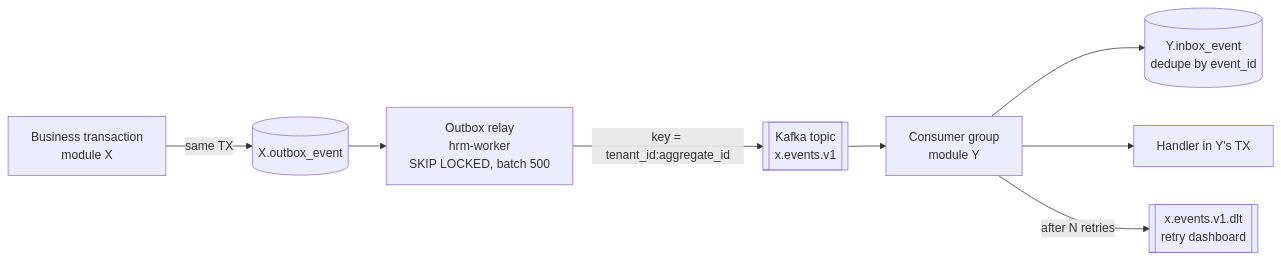
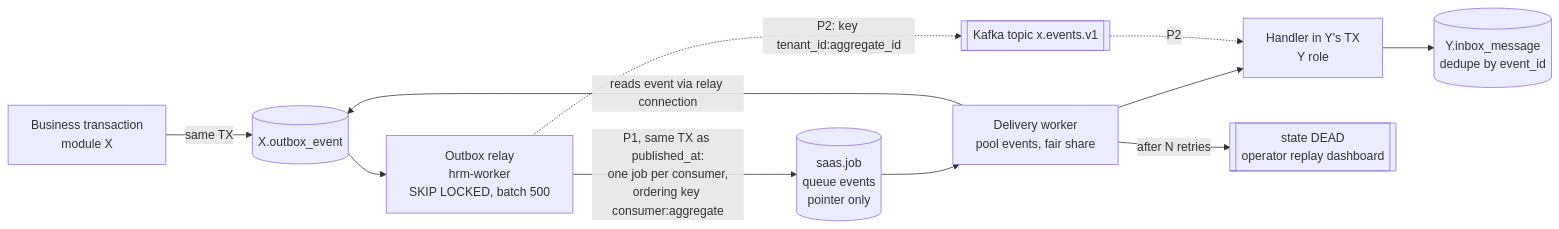
The sixth of 12 diagrams in docs/02-architecture/architecture-overview.md (triluu-gms/YourHRM), drawn with Mermaid before and after one commit. The commit also changed other lines of this file and 30 other files, not shown here.

First line of the commit message:
Apply round 2 decisions across BRDs, gap analysis and architecture

````diff
--- a/docs/02-architecture/architecture-overview.md
+++ b/docs/02-architecture/architecture-overview.md
@@ -456,10 +482,13 @@
 ```mermaid
 flowchart LR
   TX[Business transaction<br/>module X] -->|same TX| OB[(X.outbox_event)]
   OB --> REL[Outbox relay<br/>hrm-worker<br/>SKIP LOCKED, batch 500]
-  REL -->|key = tenant_id:aggregate_id| K[[Kafka topic<br/>x.events.v1]]
-  K --> C1[Consumer group<br/>module Y]
-  C1 --> IB[(Y.inbox_event<br/>dedupe by event_id)]
-  C1 --> H[Handler in Y's TX]
-  C1 -->|after N retries| DLT[[x.events.v1.dlt<br/>retry dashboard]]
+  REL -->|P1, same TX as published_at:<br/>one job per consumer,<br/>ordering key consumer:aggregate| JQ[(saas.job<br/>queue events<br/>pointer only)]
+  JQ --> DW[Delivery worker<br/>pool events, fair share]
+  DW -->|reads event via relay connection| OB
+  DW --> H[Handler in Y's TX<br/>Y role]
+  H --> IB[(Y.inbox_message<br/>dedupe by event_id)]
+  DW -->|after N retries| DEAD[[state DEAD<br/>operator replay dashboard]]
+  REL -. P2: key tenant_id:aggregate_id .-> K[[Kafka topic x.events.v1]]
+  K -. P2 .-> H
 ```
````
